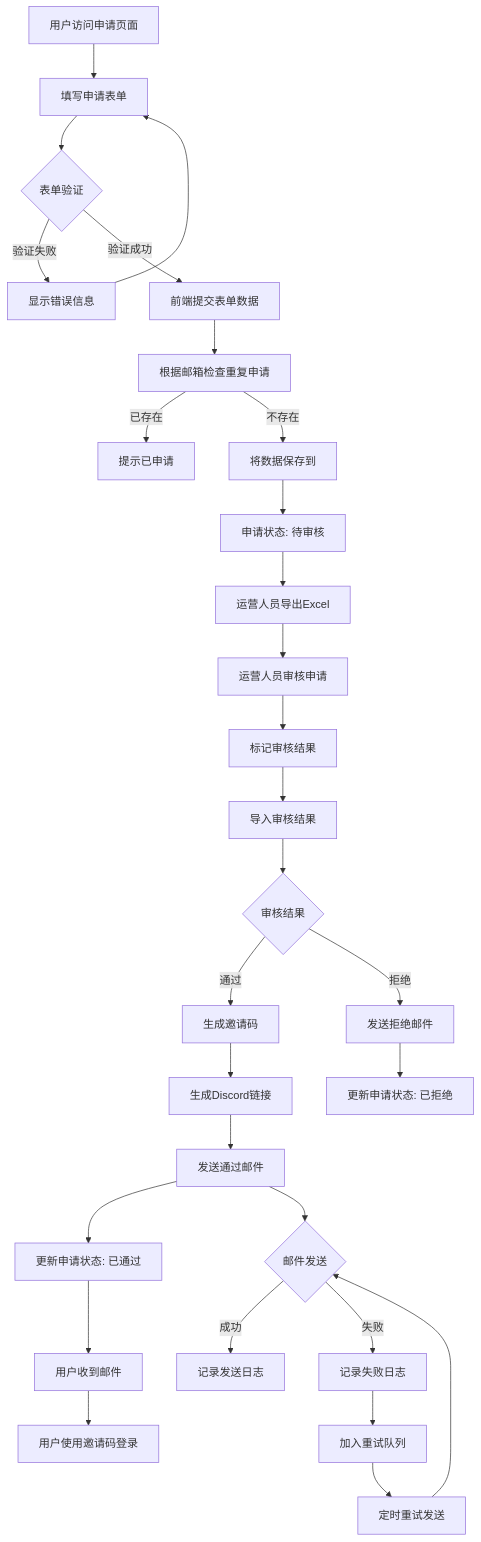
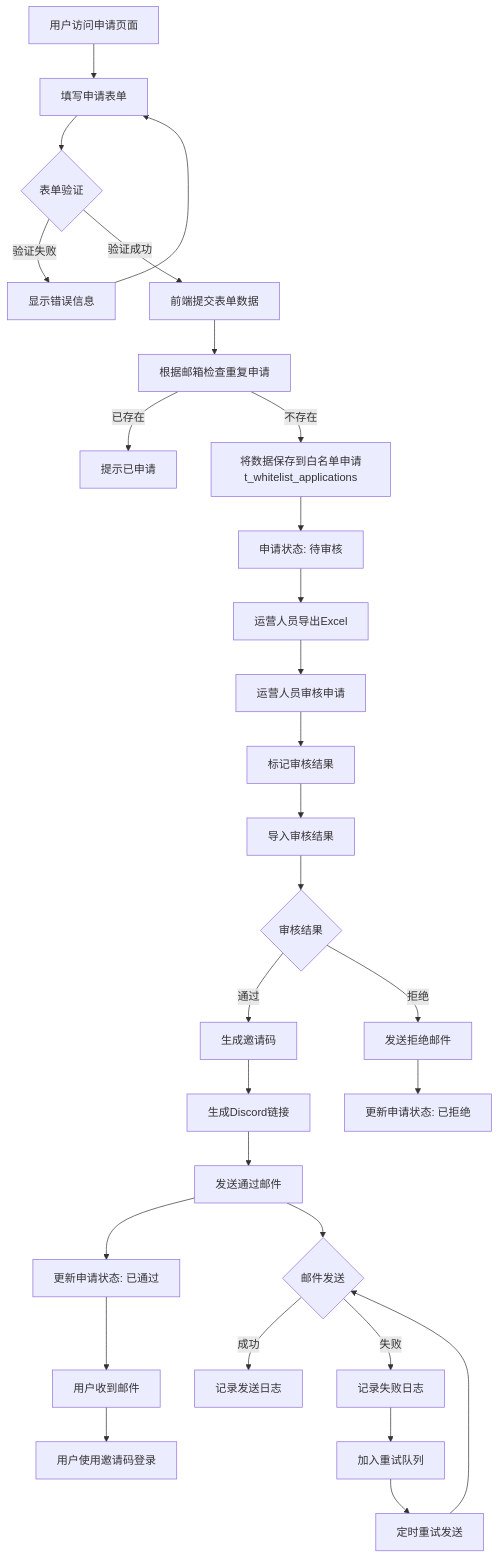
Before and after one commit to yingjianzh/iodraw-files: the diagram in all/未命名-69.md, drawn with Mermaid.

Commit message:
2025-07-03 10:23:14 update

````diff
--- a/all/未命名-69.md
+++ b/all/未命名-69.md
@@ -1,36 +1,36 @@
 ```mermaid
 flowchart TD
     A[用户访问申请页面] --> B[填写申请表单]
     B --> C{表单验证}
     C -->|验证失败| D[显示错误信息]
     D --> B
     C -->|验证成功| E[前端提交表单数据]
     E -->E1[根据邮箱检查重复申请]
     E1 -->|已存在| F[提示已申请]
-    E1 -->|不存在| G[将数据保存到]
+    E1 -->|不存在| G[将数据保存到白名单申请t_whitelist_applications]
     G --> H[申请状态: 待审核]
     
     H --> I[运营人员导出Excel]
     I --> J[运营人员审核申请]
     J --> K[标记审核结果]
     K --> L[导入审核结果]
     L --> M{审核结果}
     
     M -->|通过| N[生成邀请码]
     N --> O[生成Discord链接]
     O --> P[发送通过邮件]
     P --> Q[更新申请状态: 已通过]
     
     M -->|拒绝| R[发送拒绝邮件]
     R --> S[更新申请状态: 已拒绝]
     
     P --> T{邮件发送}
     T -->|成功| U[记录发送日志]
     T -->|失败| V[记录失败日志]
     V --> W[加入重试队列]
     W --> X[定时重试发送]
     X --> T
     
     Q --> Y[用户收到邮件]
     Y --> Z[用户使用邀请码登录]
 ```
````
